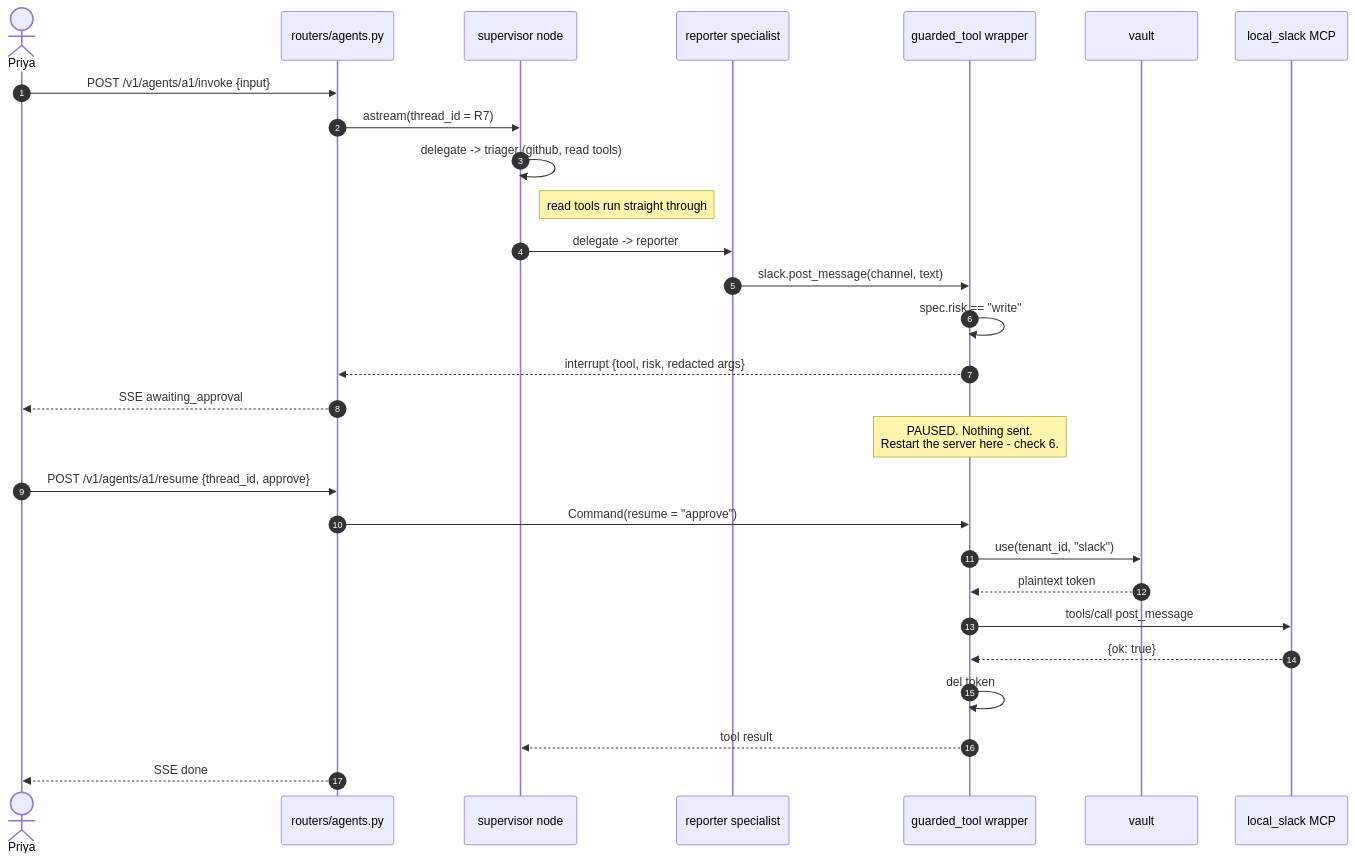
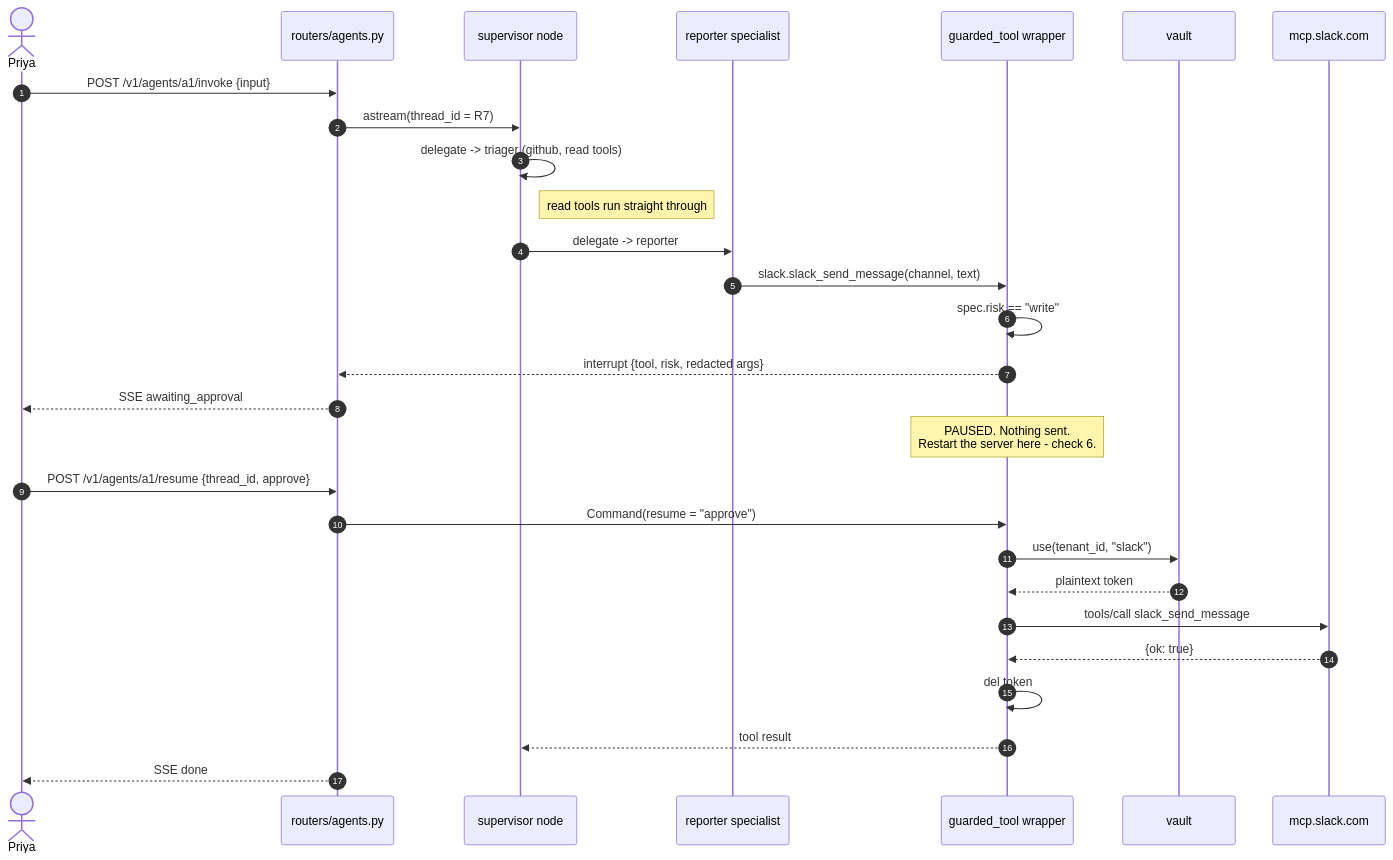
One commit to Shivanilarokar/AgentPlatformCapstone changed the seventh of 14 diagrams in docs/DESIGN.md. Above: the diagram before and after it, drawn with Mermaid. The commit also changed other lines of this file and 25 other files, not shown here.

Commit message:
Registry: vendors' own MCP servers, drop local_slack

````diff
--- a/docs/DESIGN.md
+++ b/docs/DESIGN.md
@@ -298,33 +296,33 @@
 ```mermaid
 sequenceDiagram
     autonumber
     actor U as Priya
     participant API as routers/agents.py
     participant S as supervisor node
     participant T as reporter specialist
     participant GT as guarded_tool wrapper
     participant V as vault
-    participant M as local_slack MCP
+    participant M as mcp.slack.com
 
     U->>API: POST /v1/agents/a1/invoke {input}
     API->>S: astream(thread_id = R7)
     S->>S: delegate -> triager (github, read tools)
     Note right of S: read tools run straight through
     S->>T: delegate -> reporter
-    T->>GT: slack.post_message(channel, text)
+    T->>GT: slack.slack_send_message(channel, text)
     GT->>GT: spec.risk == "write"
     GT-->>API: interrupt {tool, risk, redacted args}
     API-->>U: SSE awaiting_approval
 
     Note over GT: PAUSED. Nothing sent.<br/>Restart the server here - check 6.
 
     U->>API: POST /v1/agents/a1/resume {thread_id, approve}
     API->>GT: Command(resume = "approve")
     GT->>V: use(tenant_id, "slack")
     V-->>GT: plaintext token
-    GT->>M: tools/call post_message
+    GT->>M: tools/call slack_send_message
     M-->>GT: {ok: true}
     GT->>GT: del token
     GT-->>S: tool result
     API-->>U: SSE done
 ```
````
